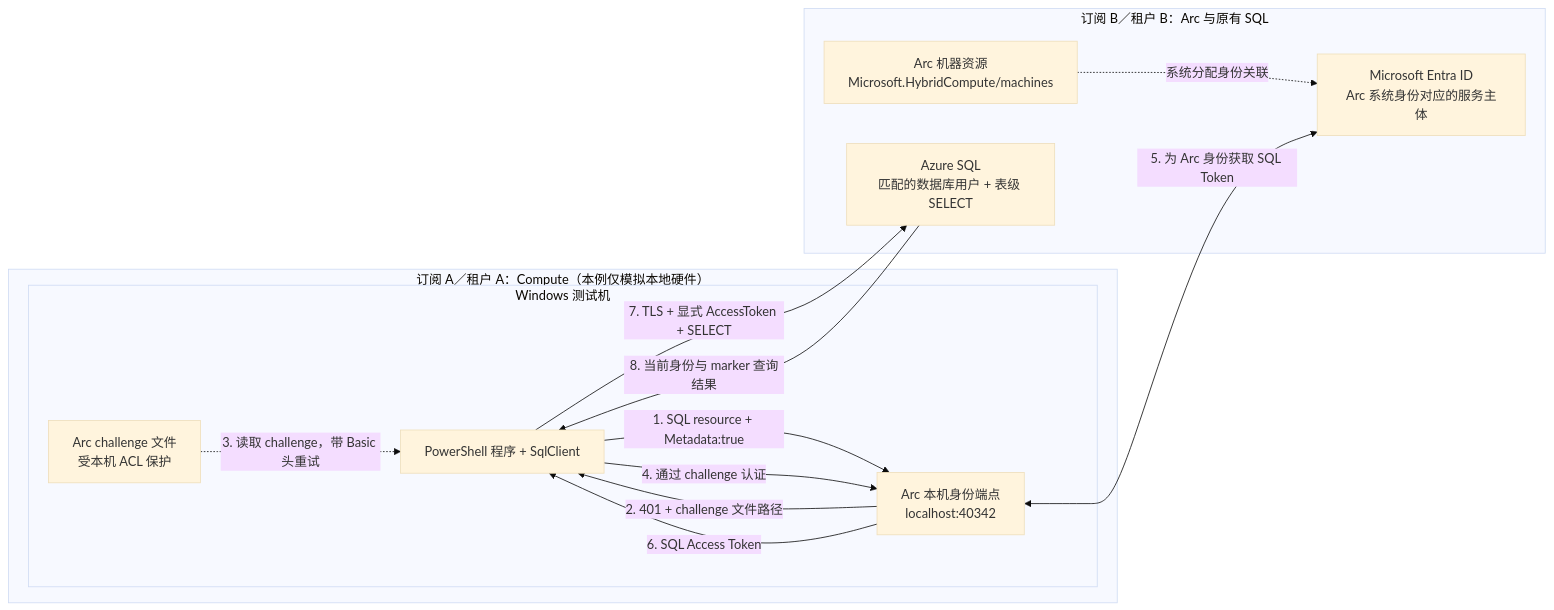
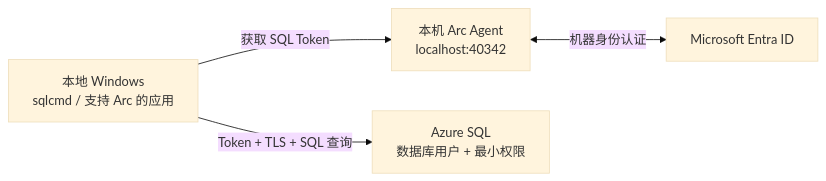
One commit to gaussye/azure-sql-windows-sso-demo changed the diagram in README-ARC.md. Above: the diagram before and after it, drawn with Mermaid (base theme). The commit also changed other lines of this file, not shown here.

Commit message:
Simplify Arc SQL guide for customer use

````diff
--- a/README-ARC.md
+++ b/README-ARC.md
@@ -38,24 +9,6 @@
 ```mermaid
 flowchart LR
-    subgraph A["订阅 A／租户 A：Compute（本例仅模拟本地硬件）"]
-        subgraph W["Windows 测试机"]
-            P["PowerShell 程序 + SqlClient"]
-            H["Arc 本机身份端点<br/>localhost:40342"]
-            F["Arc challenge 文件<br/>受本机 ACL 保护"]
-            P -->|"1. SQL resource + Metadata:true"| H
-            H -->|"2. 401 + challenge 文件路径"| P
-            F -.->|"3. 读取 challenge，带 Basic 头重试"| P
-            P -->|"4. 通过 challenge 认证"| H
-            H -->|"6. SQL Access Token"| P
-        end
-    end
-    subgraph B["订阅 B／租户 B：Arc 与原有 SQL"]
-        R["Arc 机器资源<br/>Microsoft.HybridCompute/machines"]
-        E["Microsoft Entra ID<br/>Arc 系统身份对应的服务主体"]
-        S["Azure SQL<br/>匹配的数据库用户 + 表级 SELECT"]
-        R -.->|"系统分配身份关联"| E
-        H <-->|"5. 为 Arc 身份获取 SQL Token"| E
-        P -->|"7. TLS + 显式 AccessToken + SELECT"| S
-        S -->|"8. 当前身份与 marker 查询结果"| P
-    end
+    C["本地 Windows<br/>sqlcmd / 支持 Arc 的应用"] -->|"获取 SQL Token"| A["本机 Arc Agent<br/>localhost:40342"]
+    A <-->|"机器身份认证"| E["Microsoft Entra ID"]
+    C -->|"Token + TLS + SQL 查询"| S["Azure SQL<br/>数据库用户 + 最小权限"]
 ```
````
